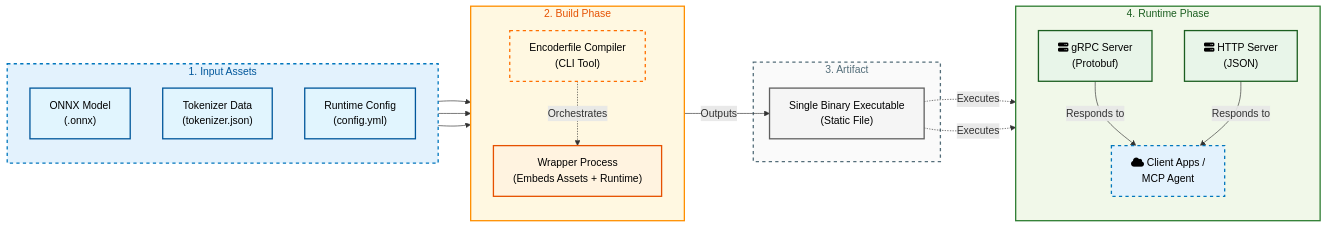
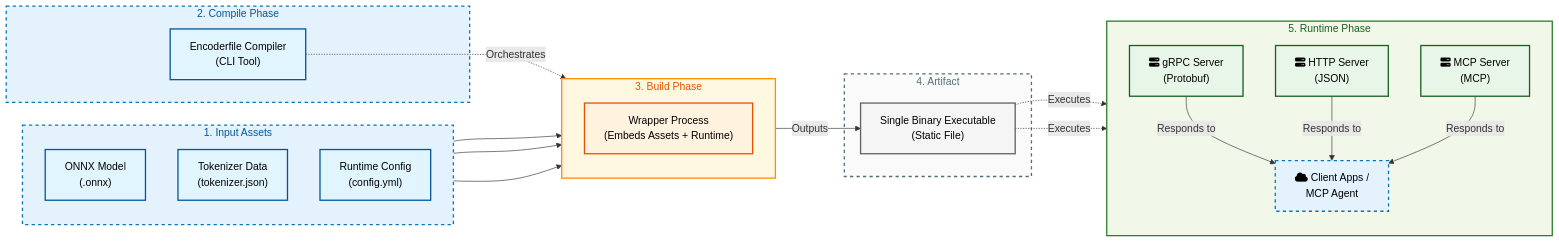
One commit to mozilla-ai/encoderfile changed the diagram in README.md. Above: the diagram before and after it, drawn with Mermaid.

Commit message:
Refactor diagram phases and update labels

````diff
--- a/README.md
+++ b/README.md
@@ -53,53 +53,59 @@
 ```mermaid
 flowchart LR
     %% Styling
     classDef asset fill:#e1f5fe,stroke:#01579b,stroke-width:2px,color:#000;
     classDef tool fill:#fff8e1,stroke:#ff6f00,stroke-width:2px,stroke-dasharray: 5 5,color:#000;
     classDef process fill:#fff3e0,stroke:#e65100,stroke-width:2px,color:#000;
     classDef artifact fill:#f5f5f5,stroke:#616161,stroke-width:2px,color:#000;
     classDef service fill:#e8f5e9,stroke:#1b5e20,stroke-width:2px,color:#000;
     classDef client fill:#e3f2fd,stroke:#0277bd,stroke-width:2px,stroke-dasharray: 5 5,color:#000;
 
     subgraph Inputs ["1. Input Assets"]
         direction TB
         Onnx["ONNX Model<br/>(.onnx)"]:::asset
         Tok["Tokenizer Data<br/>(tokenizer.json)"]:::asset
         Config["Runtime Config<br/>(config.yml)"]:::asset
     end
 
     style Inputs fill:#e3f2fd,stroke:#0277bd,stroke-width:2px,stroke-dasharray: 5 5,color:#01579b
 
-    subgraph Build ["2. Build Phase"]
+    subgraph Compile ["2. Compile Phase"]
+        Compiler["Encoderfile Compiler<br/>(CLI Tool)"]:::asset
+    end
+
+    style Compile fill:#e3f2fd,stroke:#0277bd,stroke-width:2px,stroke-dasharray: 5 5,color:#01579b
+
+    subgraph Build ["3. Build Phase"]
         direction TB
-        Compiler["Encoderfile Compiler<br/>(CLI Tool)"]:::tool
         Builder["Wrapper Process<br/>(Embeds Assets + Runtime)"]:::process
     end
 
     style Build fill:#fff8e1,stroke:#ff8f00,stroke-width:2px,color:#e65100
 
-    subgraph Output ["3. Artifact"]
+    subgraph Output ["4. Artifact"]
         Binary["Single Binary Executable<br/>(Static File)"]:::artifact
     end
     style Output fill:#fafafa,stroke:#546e7a,stroke-width:2px,stroke-dasharray: 5 5,color:#546e7a
 
-    subgraph Runtime ["4. Runtime Phase"]
+    subgraph Runtime ["5. Runtime Phase"]
         direction TB
         %% Added fa:fa-server icons
         Grpc["fa:fa-server gRPC Server<br/>(Protobuf)"]:::service
         Http["fa:fa-server HTTP Server<br/>(JSON)"]:::service
+        MCP["fa:fa-server MCP Server<br/>(MCP)"]:::service
         %% Added fa:fa-cloud icon
         Client["fa:fa-cloud Client Apps /<br/>MCP Agent"]:::client
     end
     style Runtime fill:#f1f8e9,stroke:#2e7d32,stroke-width:2px,color:#1b5e20
 
 
     %% Connections
     Onnx & Tok & Config --> Builder
     Compiler -.->|"Orchestrates"| Builder
     Builder -->|"Outputs"| Binary
     
     %% Runtime Connections
     Binary -.->|"Executes"| Grpc
     Binary -.->|"Executes"| Http
-    Grpc & Http -->|"Responds to"| Client
+    Grpc & Http & MCP-->|"Responds to"| Client
 ```
````
